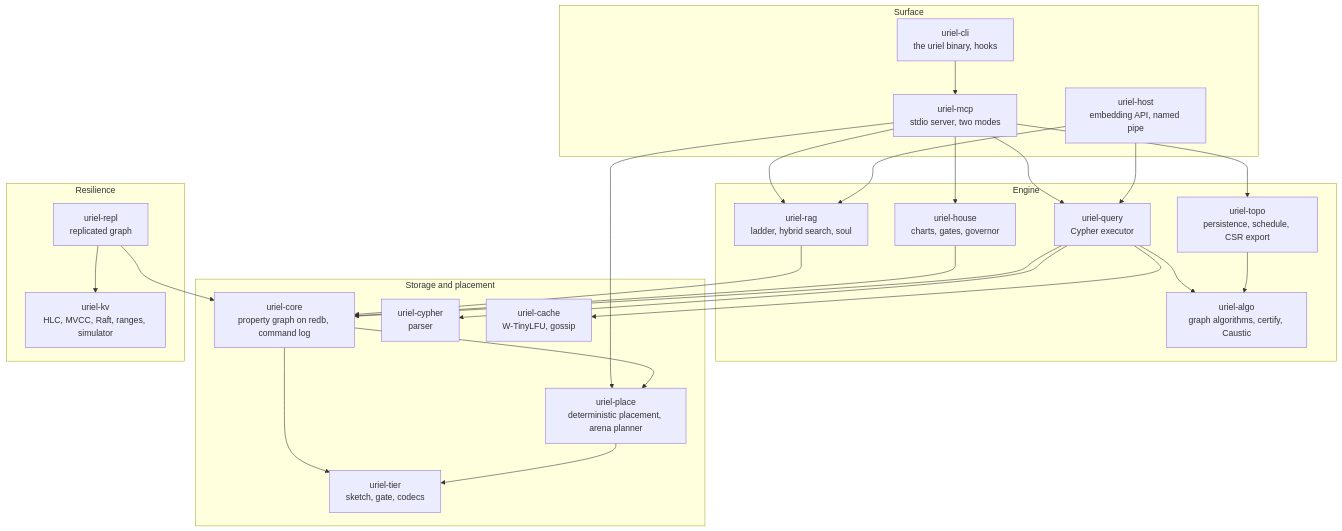
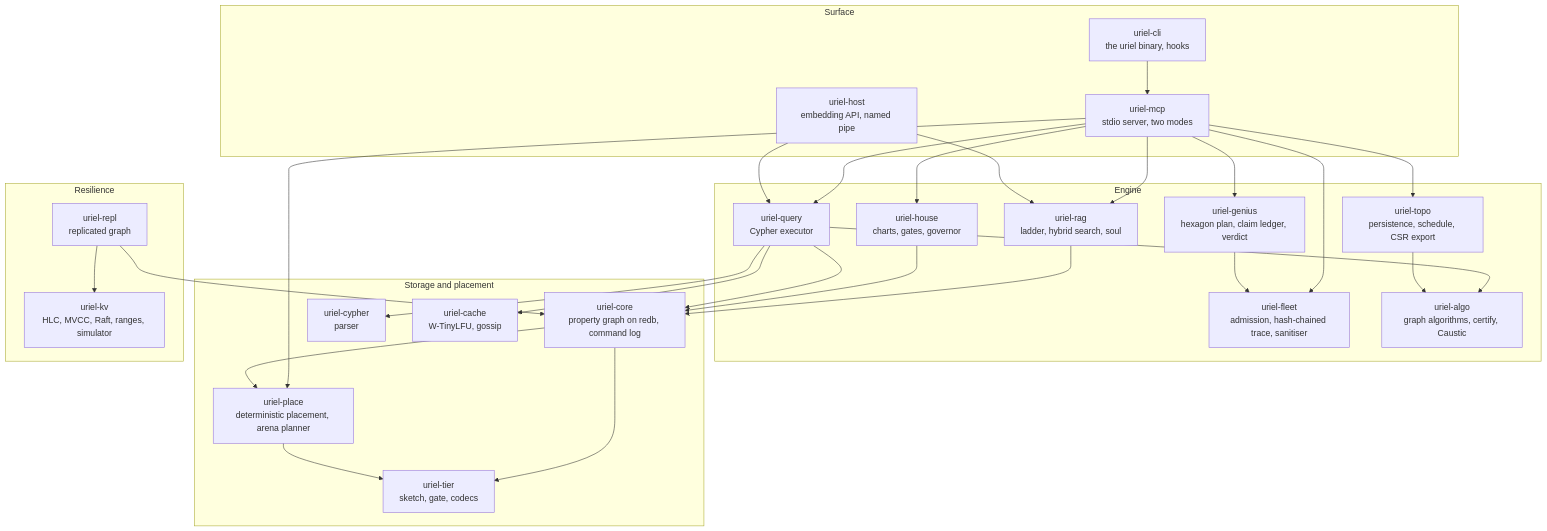
Before and after one commit to teerthsharma/uriel: the second of 2 diagrams in README.md, drawn with Mermaid. The commit also changed other lines of this file and 34 other files, not shown here.

First line of the commit message:
genius and fleet: deterministic hexagonal abduction, bounded agent admission, hash-chained observation, input sanitiser

````diff
--- a/README.md
+++ b/README.md
@@ -268,46 +282,51 @@
 ```mermaid
 flowchart TB
     subgraph surface["Surface"]
         cli["uriel-cli<br/>the uriel binary, hooks"]
         mcp["uriel-mcp<br/>stdio server, two modes"]
         host["uriel-host<br/>embedding API, named pipe"]
     end
     subgraph engine["Engine"]
+        genius["uriel-genius<br/>hexagon plan, claim ledger, verdict"]
+        fleet["uriel-fleet<br/>admission, hash-chained trace, sanitiser"]
         rag["uriel-rag<br/>ladder, hybrid search, soul"]
         house["uriel-house<br/>charts, gates, governor"]
         query["uriel-query<br/>Cypher executor"]
         topo["uriel-topo<br/>persistence, schedule, CSR export"]
         algo["uriel-algo<br/>graph algorithms, certify, Caustic"]
     end
     subgraph store["Storage and placement"]
         core["uriel-core<br/>property graph on redb, command log"]
         tier["uriel-tier<br/>sketch, gate, codecs"]
         place["uriel-place<br/>deterministic placement, arena planner"]
         cypher["uriel-cypher<br/>parser"]
         cache["uriel-cache<br/>W-TinyLFU, gossip"]
     end
     subgraph resilience["Resilience"]
         kv["uriel-kv<br/>HLC, MVCC, Raft, ranges, simulator"]
         repl["uriel-repl<br/>replicated graph"]
     end
     cli --> mcp
     mcp --> rag
+    mcp --> genius
+    mcp --> fleet
+    genius --> fleet
     mcp --> house
     mcp --> query
     mcp --> topo
     mcp --> place
     host --> rag
     host --> query
     rag --> core
     house --> core
     query --> core
     query --> cypher
     query --> cache
     query --> algo
     topo --> algo
     core --> tier
     core --> place
     place --> tier
     repl --> core
     repl --> kv
 ```
````
